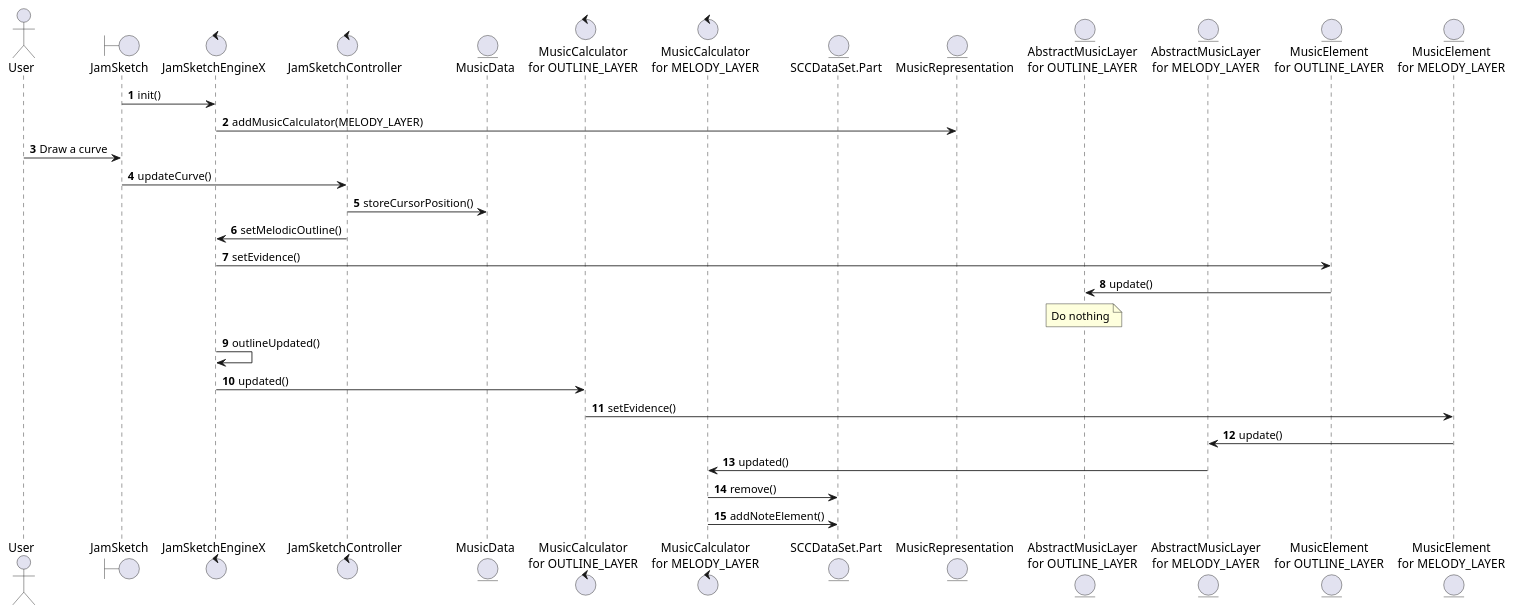
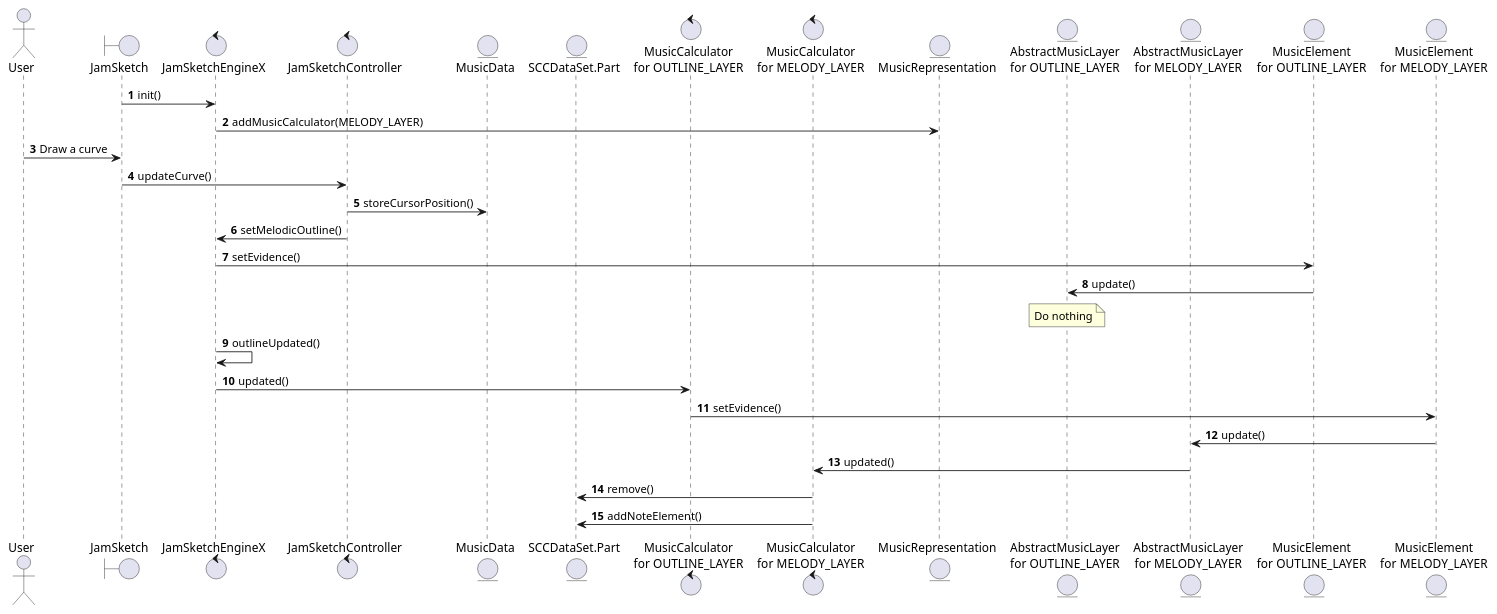
Before and after one commit to kitaharalab/JamSketch: the diagram in diagrams/JamSketch-Sequence-NotAddMusicCalculatorForOutline.puml, drawn with PlantUML. The commit also changed other lines of this file and 3 other files, not shown here.

Commit message:
Update diagrams

```diff
--- a/diagrams/JamSketch-Sequence-NotAddMusicCalculatorForOutline.puml
+++ b/diagrams/JamSketch-Sequence-NotAddMusicCalculatorForOutline.puml
@@ -1,43 +1,43 @@
 @startuml
 'https://plantuml.com/sequence-diagram
 
 autonumber
 
 actor User
 boundary JamSketch
 control JamSketchEngineX
 control JamSketchController
 entity MusicData
+entity SCCDataSet.Part
 control "MusicCalculator\nfor OUTLINE_LAYER"
 control "MusicCalculator\nfor MELODY_LAYER"
-entity SCCDataSet.Part
 entity MusicRepresentation
 entity "AbstractMusicLayer\nfor OUTLINE_LAYER"
 entity "AbstractMusicLayer\nfor MELODY_LAYER"
 entity "MusicElement\nfor OUTLINE_LAYER"
 entity "MusicElement\nfor MELODY_LAYER"
 
 JamSketch -> JamSketchEngineX: init()
 JamSketchEngineX -> MusicRepresentation: addMusicCalculator(MELODY_LAYER)
 User -> JamSketch: Draw a curve
 JamSketch -> JamSketchController: updateCurve()
 JamSketchController -> MusicData: storeCursorPosition()
 JamSketchController -> JamSketchEngineX: setMelodicOutline()
 JamSketchEngineX -> "MusicElement\nfor OUTLINE_LAYER": setEvidence()
 "MusicElement\nfor OUTLINE_LAYER" -> "AbstractMusicLayer\nfor OUTLINE_LAYER": update()
 note over "AbstractMusicLayer\nfor OUTLINE_LAYER"
     Do nothing
 end note
 JamSketchEngineX -> JamSketchEngineX: outlineUpdated()
 JamSketchEngineX -> "MusicCalculator\nfor OUTLINE_LAYER": updated()
 'MusicElement -> MusicElement: parent()
 "MusicCalculator\nfor OUTLINE_LAYER" -> "MusicElement\nfor MELODY_LAYER": setEvidence()
 "MusicElement\nfor MELODY_LAYER" -> "AbstractMusicLayer\nfor MELODY_LAYER": update()
 "AbstractMusicLayer\nfor MELODY_LAYER" -> "MusicCalculator\nfor MELODY_LAYER": updated()
 "MusicCalculator\nfor MELODY_LAYER" -> SCCDataSet.Part: remove()
 "MusicCalculator\nfor MELODY_LAYER" -> SCCDataSet.Part: addNoteElement()
 'AbstractMusicLayer -> "MusicCalculator\nfor MELODY_LAYER": updated()
 
 'JamSketchEngineSimple -> JamSketchEngineSimple: outlineUpdated(measure, tick)
 
 @enduml
```
